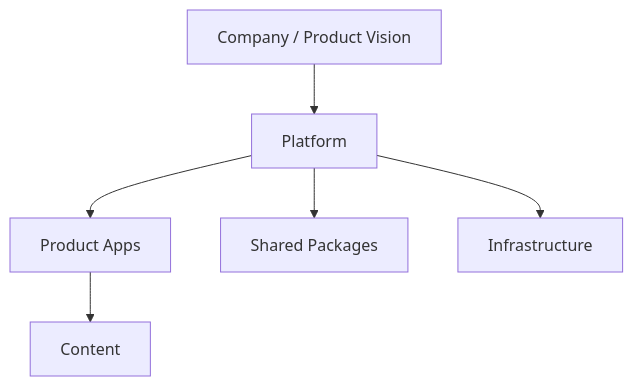
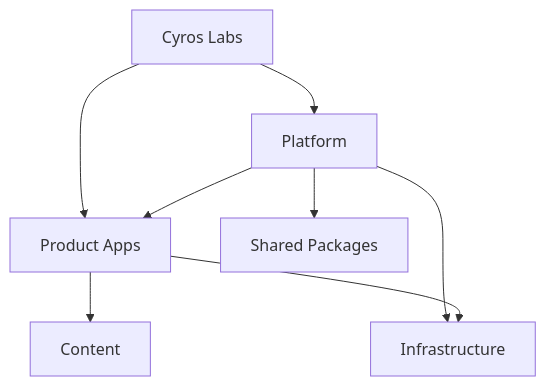
One commit to CyrosLabs/cyros-platform changed the diagram in README.md. Above: the diagram before and after it, drawn with Mermaid. The commit also changed other lines of this file and 4 other files, not shown here.

First line of the commit message:
Document architecture and Haru Haru

`````diff
--- a/README.md
+++ b/README.md
@@ -92,8 +95,13 @@
 ```mermaid
 flowchart TD
-    A[Company / Product Vision] --> B[Platform]
-    B --> C[Product Apps]
+    A[Cyros Labs] --> B[Platform]
+    A --> C[Product Apps]
+
+    B --> C
     B --> D[Shared Packages]
+
     C --> E[Content]
+
     B --> F[Infrastructure]
-````
+    C --> F
+```
`````
